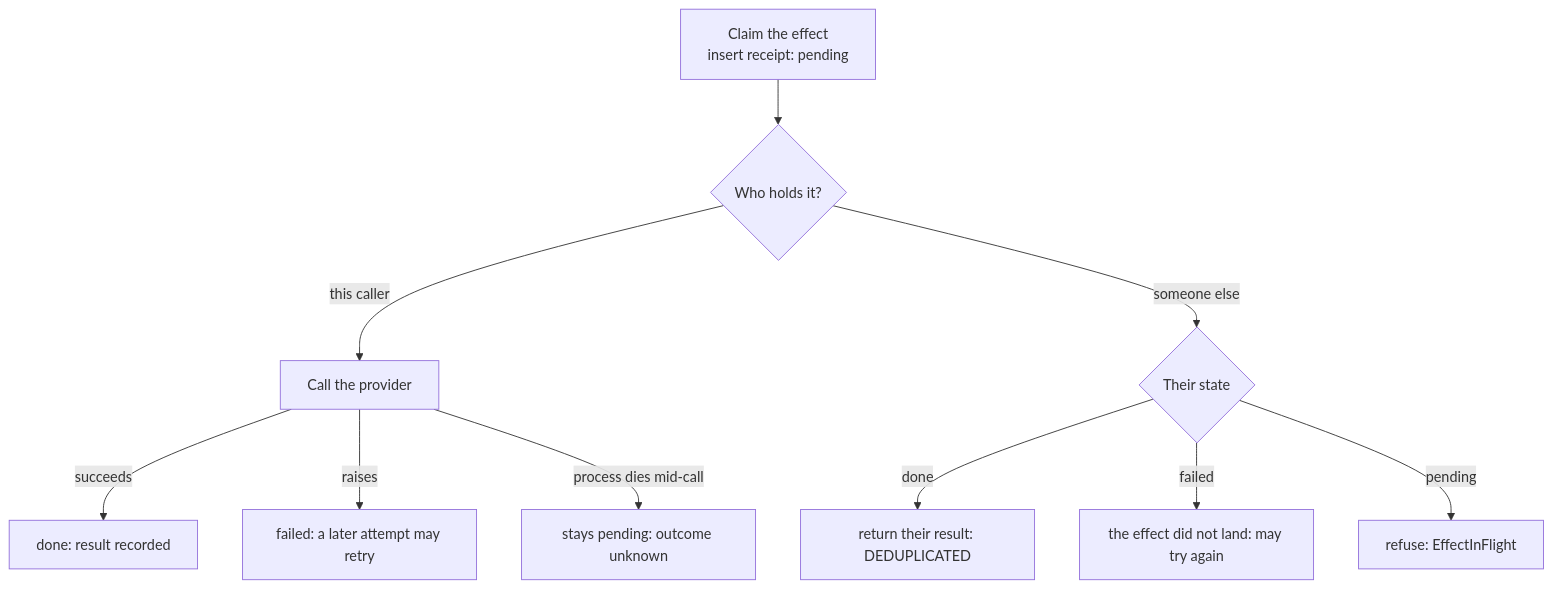
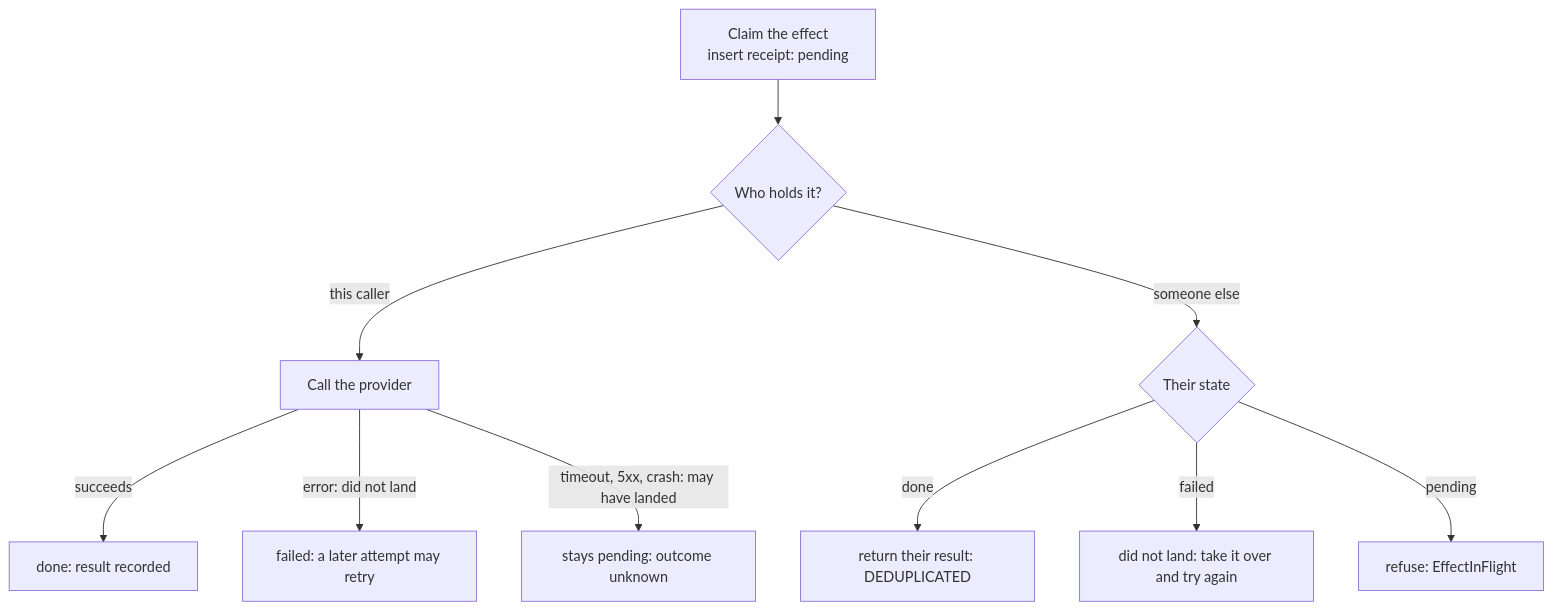
One commit to GreyyDaze/agent-action-gateway changed the diagram in docs/receipt-guarantees.md. Above: the diagram before and after it, drawn with Mermaid. The commit also changed other lines of this file and 56 other files, not shown here.

````diff
--- a/docs/receipt-guarantees.md
+++ b/docs/receipt-guarantees.md
@@ -47,12 +47,12 @@
 ```mermaid
 flowchart TD
     C[Claim the effect<br/>insert receipt: pending] --> O{Who holds it?}
     O -->|this caller| R[Call the provider]
     R -->|succeeds| D[done: result recorded]
-    R -->|raises| F[failed: a later attempt may retry]
-    R -->|process dies mid-call| P[stays pending: outcome unknown]
+    R -->|error: did not land| F[failed: a later attempt may retry]
+    R -->|timeout, 5xx, crash: may have landed| P[stays pending: outcome unknown]
     O -->|someone else| S{Their state}
     S -->|done| DD[return their result: DEDUPLICATED]
-    S -->|failed| RT[the effect did not land: may try again]
+    S -->|failed| RT[did not land: take it over and try again]
     S -->|pending| IF[refuse: EffectInFlight]
 ```
````
